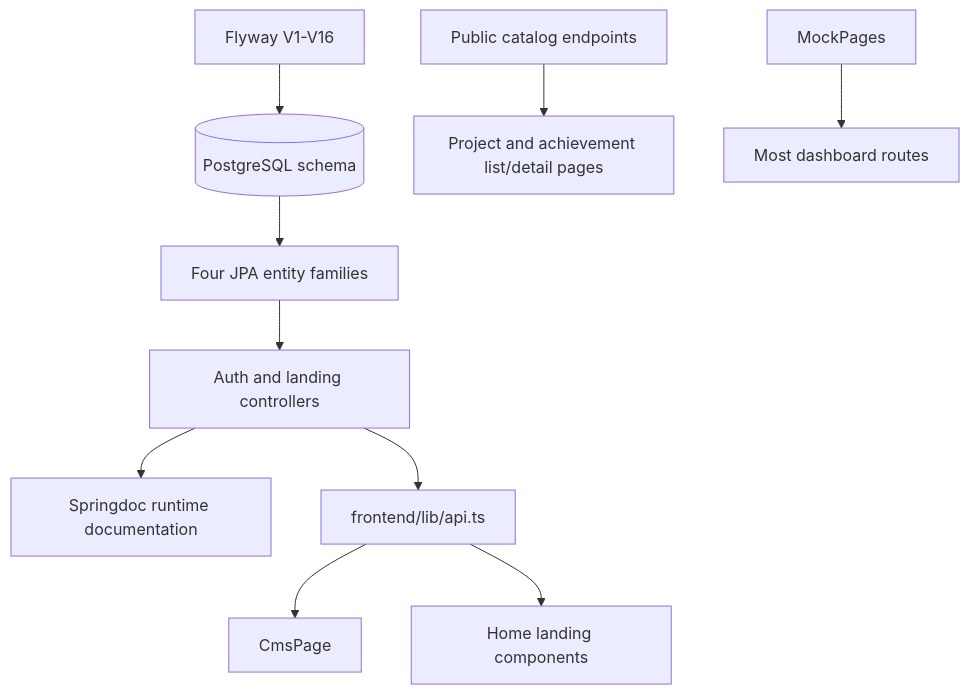
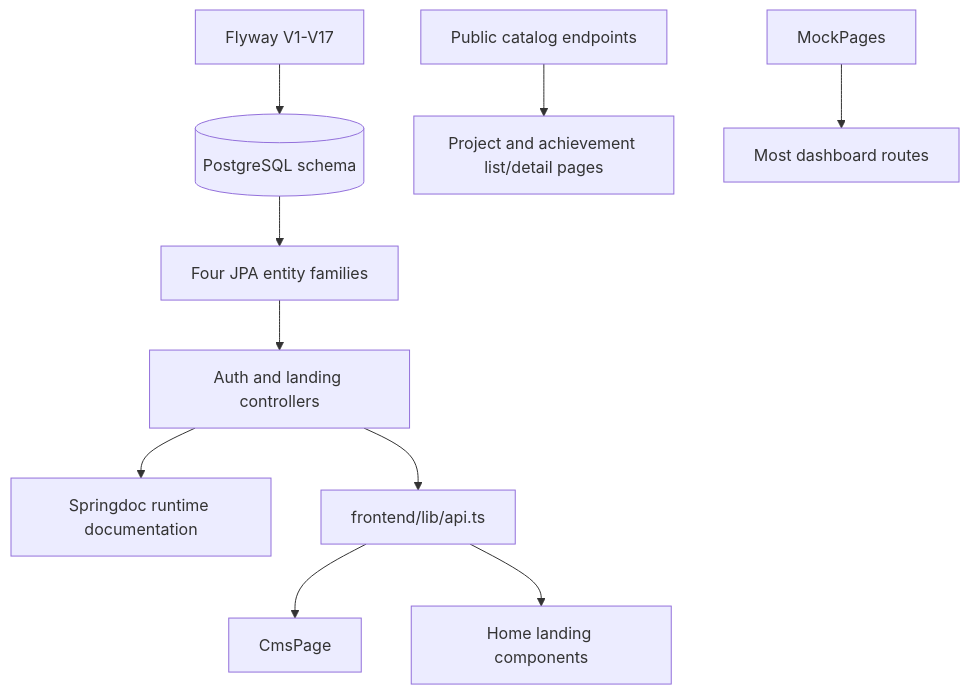
One commit to NGUYENTHANHDATHH/NEU-Debate-Club changed the diagram in docs/dependency-map.md. Above: the diagram before and after it, drawn with Mermaid. The commit also changed other lines of this file and 22 other files, not shown here.

````diff
--- a/docs/dependency-map.md
+++ b/docs/dependency-map.md
@@ -52,12 +54,12 @@
 ```mermaid
 flowchart TD
-  Migrations[Flyway V1-V16] --> PostgreSQL[(PostgreSQL schema)]
+  Migrations[Flyway V1-V17] --> PostgreSQL[(PostgreSQL schema)]
   PostgreSQL --> JPA[Four JPA entity families]
   JPA --> Controllers[Auth and landing controllers]
   Controllers --> RuntimeOpenAPI[Springdoc runtime documentation]
   Controllers --> APIClient[frontend/lib/api.ts]
   APIClient --> CMS[CmsPage]
   APIClient --> PublicHome[Home landing components]
   CatalogAPI[Public catalog endpoints] --> PublicLists[Project and achievement list/detail pages]
   MockPages --> Dashboard[Most dashboard routes]
 ```
````
